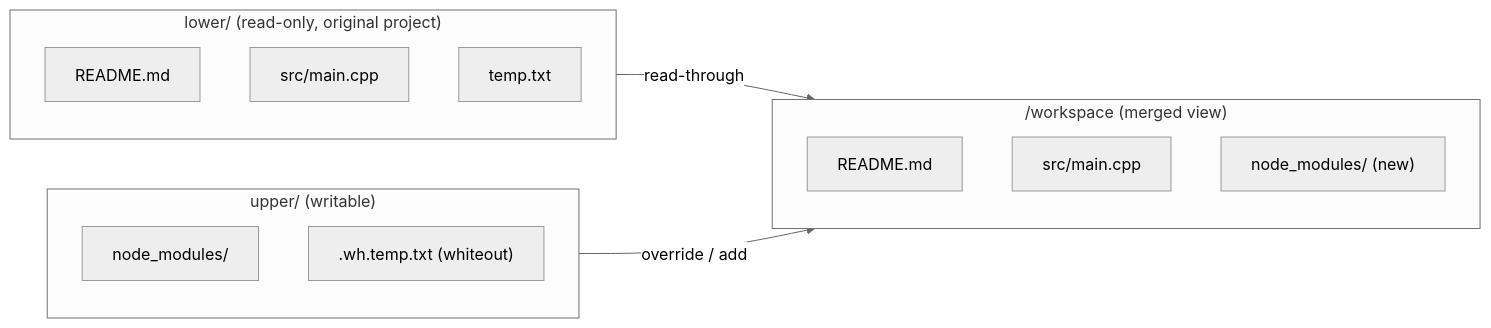
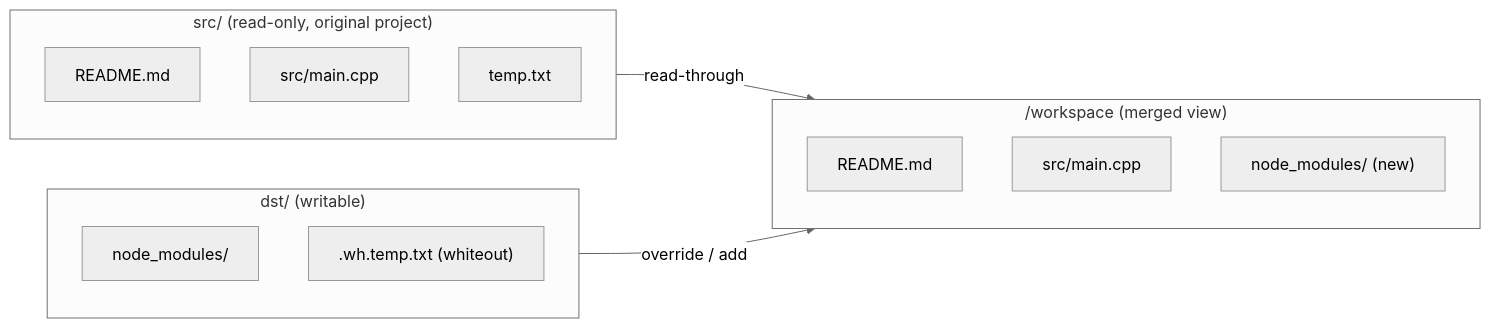
The second of 4 diagrams in docs/usage.md (lcolok/boxsh), drawn with Mermaid (neutral theme) before and after one commit. The commit also changed other lines of this file and 18 other files, not shown here.

````diff
--- a/docs/usage.md
+++ b/docs/usage.md
@@ -84,23 +83,23 @@
 ```mermaid
 flowchart LR
     subgraph Merged["/workspace (merged view)"]
         direction TB
         F1["README.md"]
         F2["src/main.cpp"]
         F3["node_modules/ (new)"]
     end
 
-    subgraph Upper["upper/ (writable)"]
+    subgraph Upper["dst/ (writable)"]
         U1["node_modules/"]
         U2[".wh.temp.txt (whiteout)"]
     end
 
-    subgraph Lower["lower/ (read-only, original project)"]
+    subgraph Lower["src/ (read-only, original project)"]
         L1["README.md"]
         L2["src/main.cpp"]
         L3["temp.txt"]
     end
 
     Lower -- "read-through" --> Merged
     Upper -- "override / add" --> Merged
 ```
````
